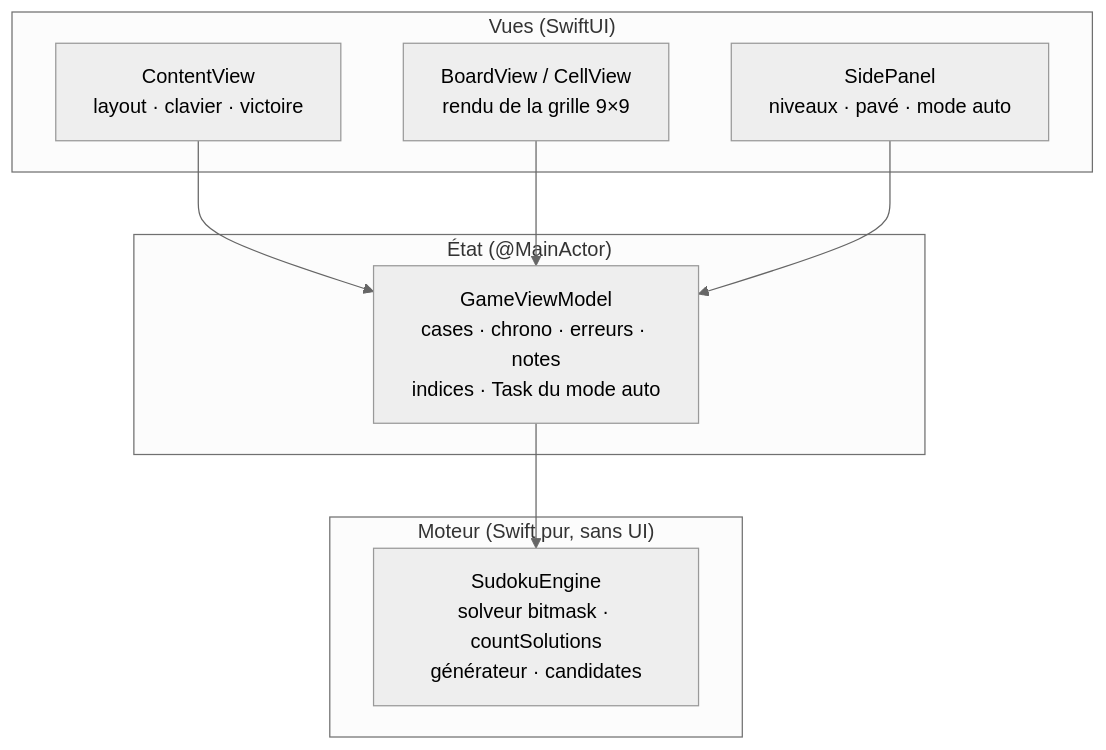
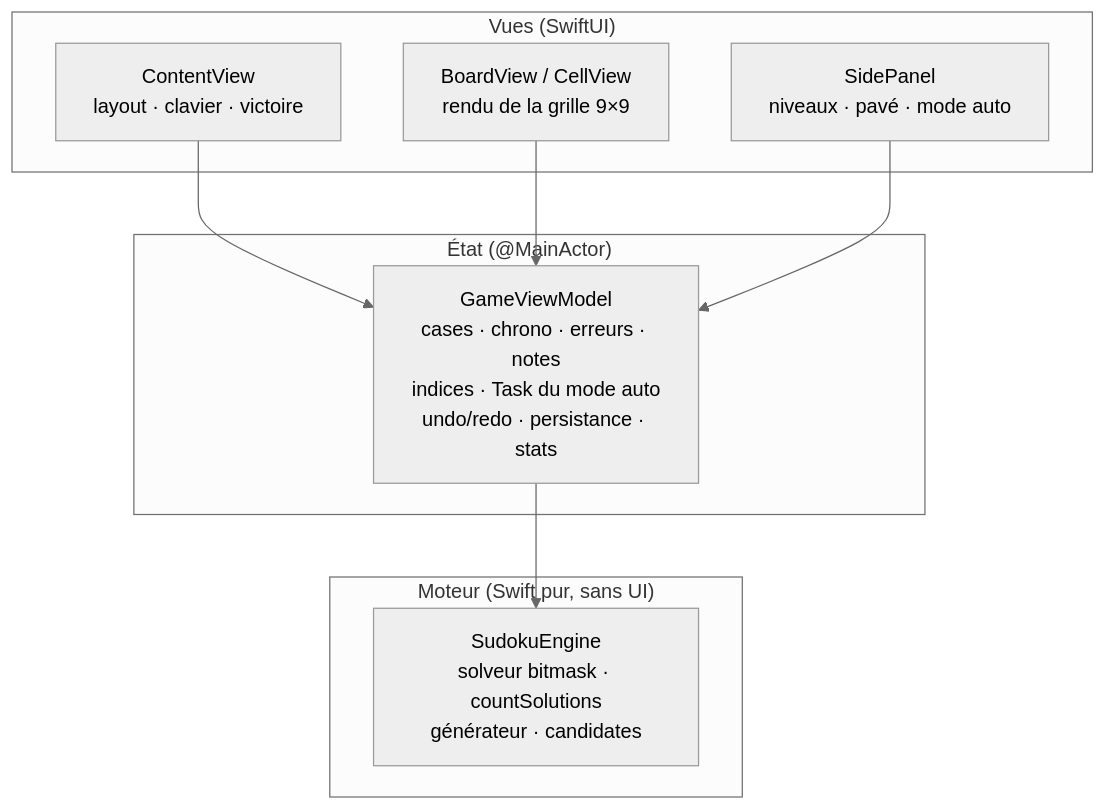
Before and after one commit to vincentlauriat/Sudoku: the diagram in ARCHITECTURE.md, drawn with Mermaid (neutral theme). The commit also changed other lines of this file and 15 other files, not shown here.

Commit message:
feat: Sparkle auto-update, save/resume, stats, undo/redo, EN localization

````diff
--- a/ARCHITECTURE.md
+++ b/ARCHITECTURE.md
@@ -11,18 +12,18 @@
 ```mermaid
 flowchart TB
     subgraph Views ["Vues (SwiftUI)"]
         CV[ContentView<br/>layout · clavier · victoire]
         BV[BoardView / CellView<br/>rendu de la grille 9×9]
         SP[SidePanel<br/>niveaux · pavé · mode auto]
     end
     subgraph ViewModel ["État (@MainActor)"]
-        VM[GameViewModel<br/>cases · chrono · erreurs · notes<br/>indices · Task du mode auto]
+        VM[GameViewModel<br/>cases · chrono · erreurs · notes<br/>indices · Task du mode auto<br/>undo/redo · persistance · stats]
     end
     subgraph Engine ["Moteur (Swift pur, sans UI)"]
         E[SudokuEngine<br/>solveur bitmask · countSolutions<br/>générateur · candidates]
     end
     CV --> VM
     BV --> VM
     SP --> VM
     VM --> E
 ```
````
